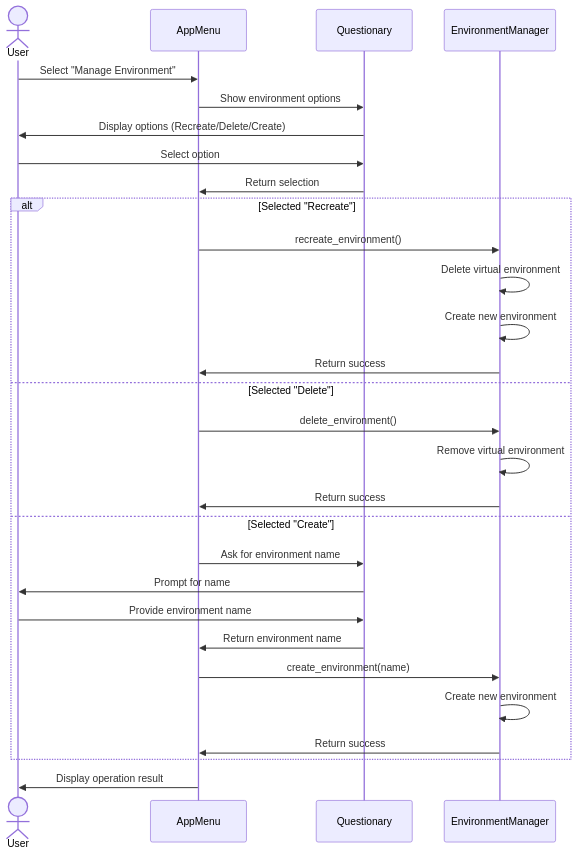
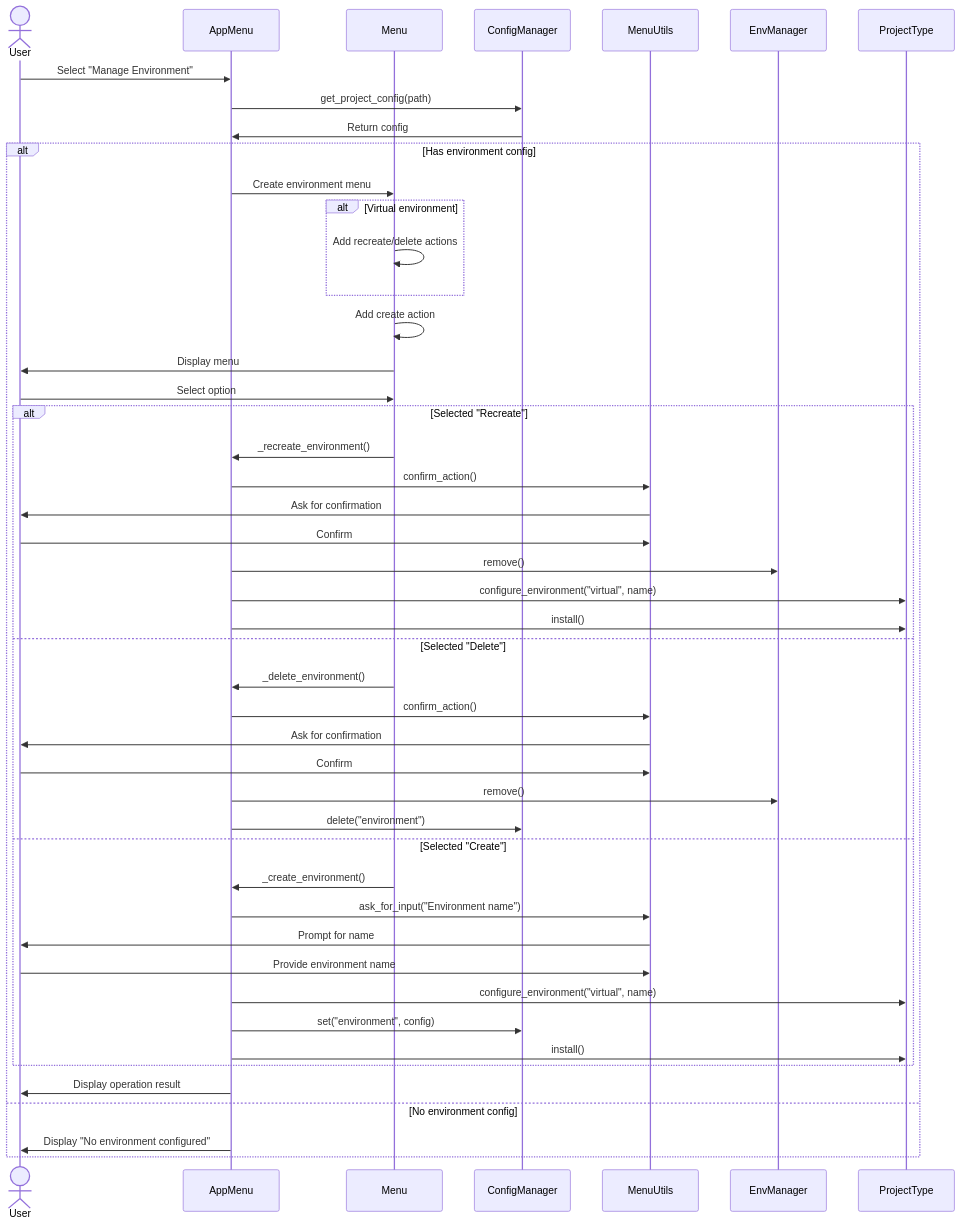
One commit to r4d4m4n71s/cicd_tools changed the eighth of 10 diagrams in doc/cicd_tools_architecture_plan.md. Above: the diagram before and after it, drawn with Mermaid. The commit also changed other lines of this file and 20 other files, not shown here.

````diff
--- a/doc/cicd_tools_architecture_plan.md
+++ b/doc/cicd_tools_architecture_plan.md
@@ -250,34 +385,54 @@
 ```mermaid
 sequenceDiagram
     actor User
     participant AppMenu
-    participant Questionary
-    participant EnvironmentManager
+    participant Menu
+    participant ConfigManager
+    participant MenuUtils
+    participant EnvManager
     
     User->>AppMenu: Select "Manage Environment"
-    AppMenu->>Questionary: Show environment options
-    Questionary->>User: Display options (Recreate/Delete/Create)
-    User->>Questionary: Select option
-    Questionary->>AppMenu: Return selection
+    AppMenu->>ConfigManager: get_project_config(path)
+    ConfigManager->>AppMenu: Return config
     
-    alt Selected "Recreate"
-        AppMenu->>EnvironmentManager: recreate_environment()
-        EnvironmentManager->>EnvironmentManager: Delete virtual environment
-        EnvironmentManager->>EnvironmentManager: Create new environment
-        EnvironmentManager->>AppMenu: Return success
-    else Selected "Delete"
-        AppMenu->>EnvironmentManager: delete_environment()
-        EnvironmentManager->>EnvironmentManager: Remove virtual environment
-        EnvironmentManager->>AppMenu: Return success
-    else Selected "Create"
-        AppMenu->>Questionary: Ask for environment name
-        Questionary->>User: Prompt for name
-        User->>Questionary: Provide environment name
-        Questionary->>AppMenu: Return environment name
-        AppMenu->>EnvironmentManager: create_environment(name)
-        EnvironmentManager->>EnvironmentManager: Create new environment
-        EnvironmentManager->>AppMenu: Return success
+    alt Has environment config
+        AppMenu->>Menu: Create environment menu
+        
+        alt Virtual environment
+            Menu->>Menu: Add recreate/delete actions
+        end
+        
+        Menu->>Menu: Add create action
+        Menu->>User: Display menu
+        User->>Menu: Select option
+        
+        alt Selected "Recreate"
+            Menu->>AppMenu: _recreate_environment()
+            AppMenu->>MenuUtils: confirm_action()
+            MenuUtils->>User: Ask for confirmation
+            User->>MenuUtils: Confirm
+            AppMenu->>EnvManager: remove()
+            AppMenu->>ProjectType: configure_environment("virtual", name)
+            AppMenu->>ProjectType: install()
+        else Selected "Delete"
+            Menu->>AppMenu: _delete_environment()
+            AppMenu->>MenuUtils: confirm_action()
+            MenuUtils->>User: Ask for confirmation
+            User->>MenuUtils: Confirm
+            AppMenu->>EnvManager: remove()
+            AppMenu->>ConfigManager: delete("environment")
+        else Selected "Create"
+            Menu->>AppMenu: _create_environment()
+            AppMenu->>MenuUtils: ask_for_input("Environment name")
+            MenuUtils->>User: Prompt for name
+            User->>MenuUtils: Provide environment name
+            AppMenu->>ProjectType: configure_environment("virtual", name)
+            AppMenu->>ConfigManager: set("environment", config)
+            AppMenu->>ProjectType: install()
+        end
+        
+        AppMenu->>User: Display operation result
+    else No environment config
+        AppMenu->>User: Display "No environment configured"
     end
-    
-    AppMenu->>User: Display operation result
 ```
````
